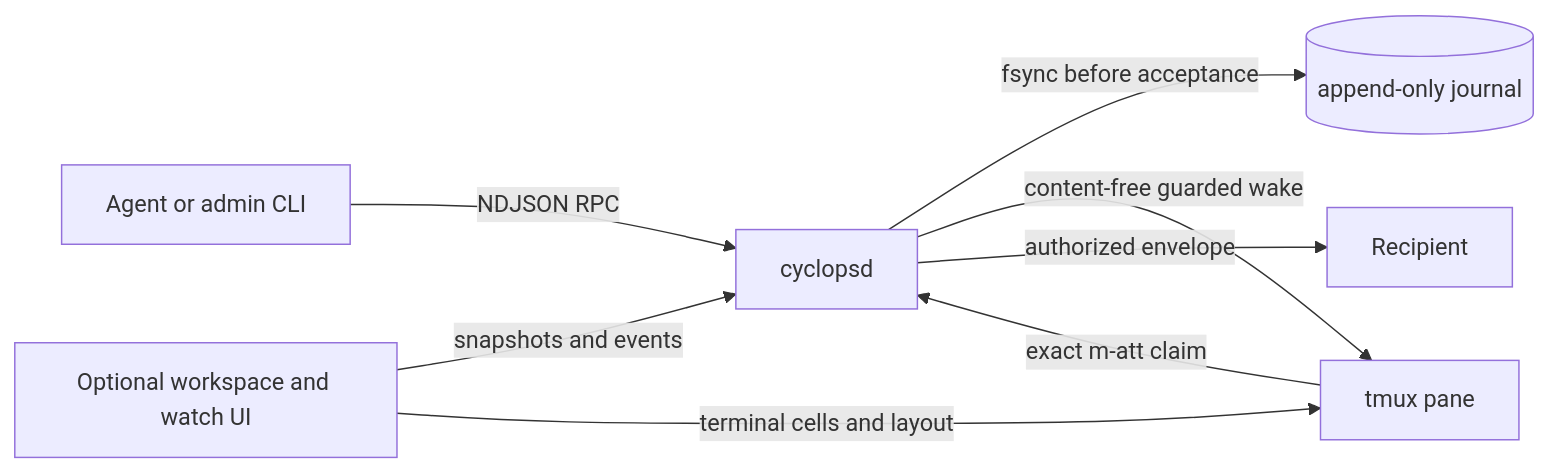
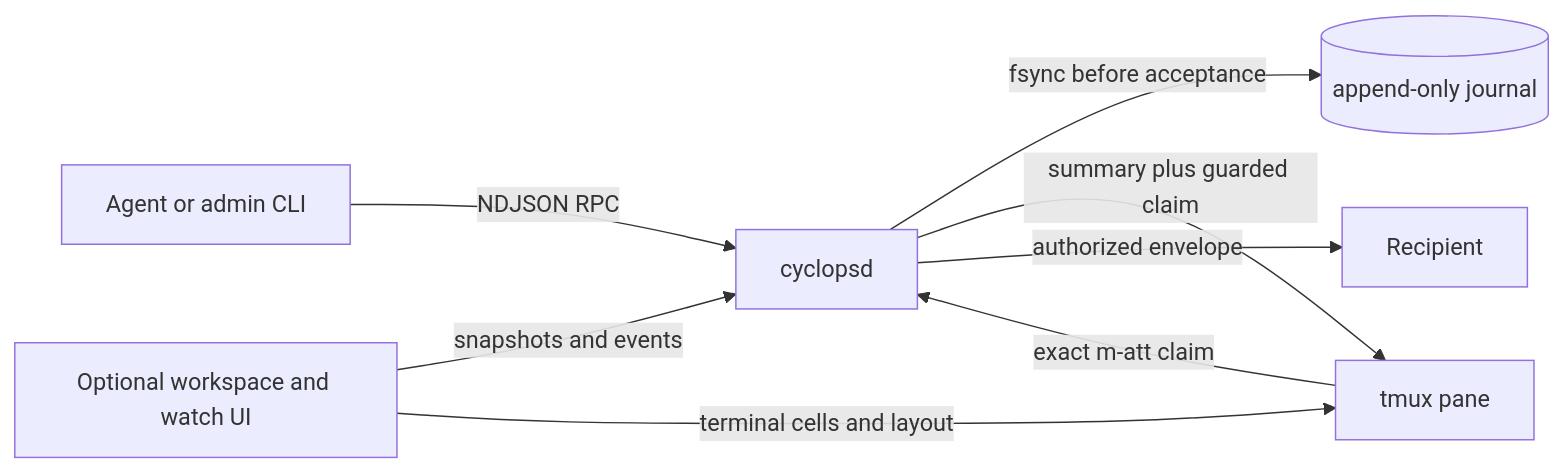
The diagram in README.md (cyclops-team/cyclops), drawn with Mermaid before and after one commit. The commit also changed other lines of this file and 16 other files, not shown here.

````diff
--- a/README.md
+++ b/README.md
@@ -214,10 +220,10 @@
 ```mermaid
 flowchart LR
     A[Agent or admin CLI] -->|NDJSON RPC| D[cyclopsd]
     D -->|fsync before acceptance| J[(append-only journal)]
-    D -->|content-free guarded wake| T[tmux pane]
+    D -->|summary plus guarded claim| T[tmux pane]
     T -->|exact m-att claim| D
     D -->|authorized envelope| R[Recipient]
     W[Optional workspace and watch UI] -->|snapshots and events| D
     W -->|terminal cells and layout| T
 ```
````
